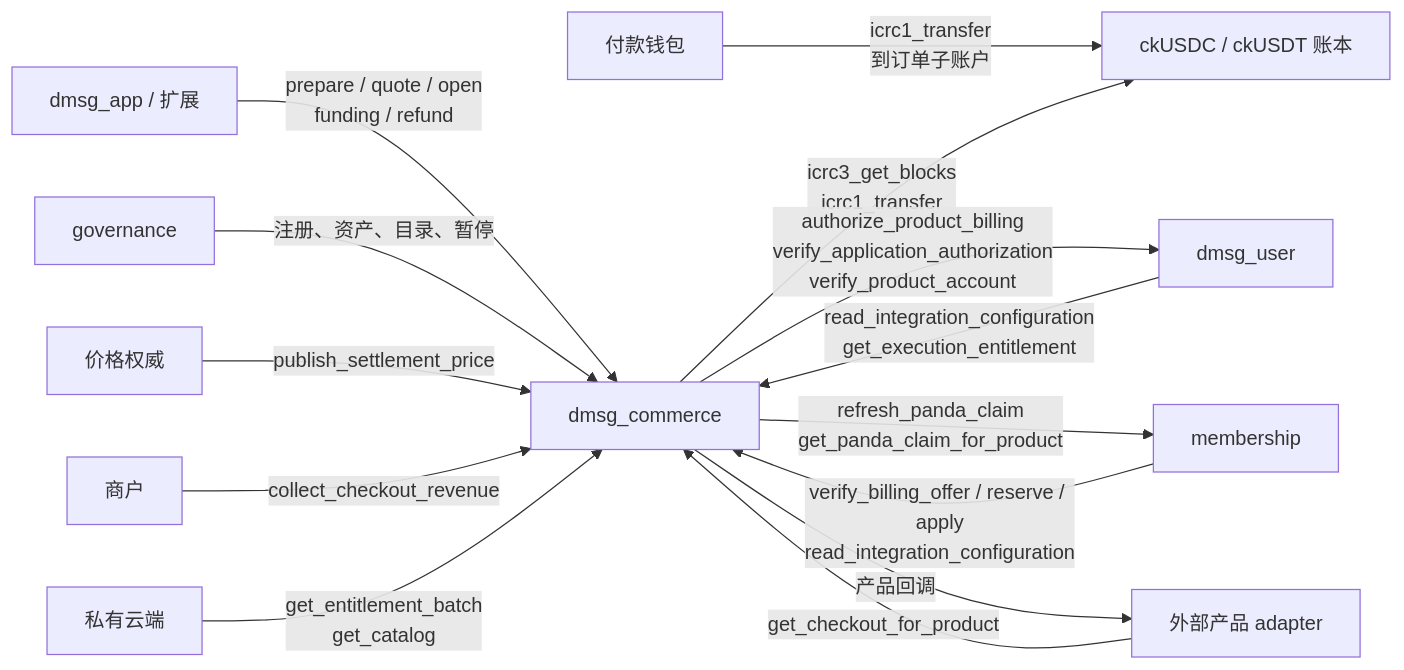
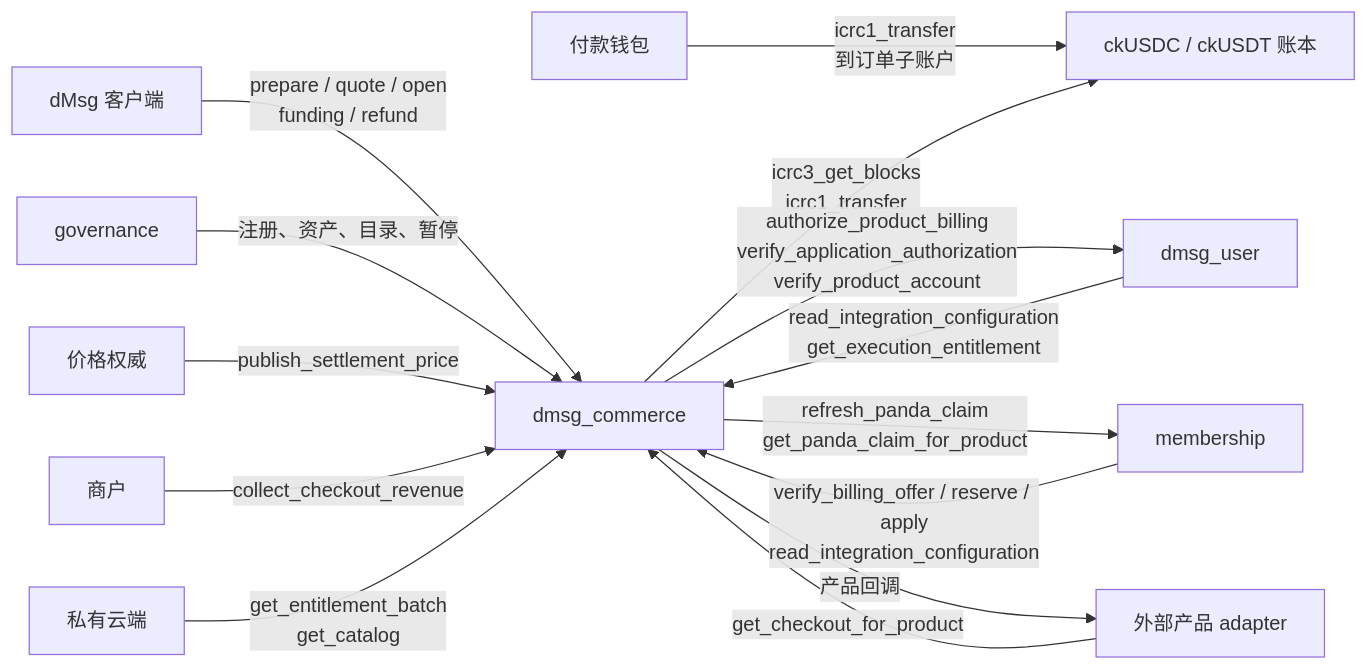
The diagram in src/dmsg_commerce/README.md (ldclabs/ic-panda), drawn with Mermaid before and after one commit. The commit also changed other lines of this file and 259 other files, not shown here.

````diff
--- a/src/dmsg_commerce/README.md
+++ b/src/dmsg_commerce/README.md
@@ -15,16 +15,16 @@
 ```mermaid
 flowchart LR
-  APP["dmsg_app / 扩展"] -- "prepare / quote / open<br/>funding / refund" --> C["dmsg_commerce"]
+  APP["dMsg 客户端"] -- "prepare / quote / open<br/>funding / refund" --> C["dmsg_commerce"]
   W["付款钱包"] -- "icrc1_transfer<br/>到订单子账户" --> L["ckUSDC / ckUSDT 账本"]
   C -- "icrc3_get_blocks<br/>icrc1_transfer" --> L
   C -- "authorize_product_billing<br/>verify_application_authorization<br/>verify_product_account" --> U["dmsg_user"]
   U -- "read_integration_configuration<br/>get_execution_entitlement" --> C
   M["membership"] -- "verify_billing_offer / reserve / apply<br/>read_integration_configuration" --> C
   C -- "refresh_panda_claim<br/>get_panda_claim_for_product" --> M
   C -- "产品回调" --> P["外部产品 adapter"]
   P -- "get_checkout_for_product" --> C
   G["governance"] -- "注册、资产、目录、暂停" --> C
   PA["价格权威"] -- "publish_settlement_price" --> C
   MER["商户"] -- "collect_checkout_revenue" --> C
   CL["私有云端"] -- "get_entitlement_batch<br/>get_catalog" --> C
 ```
````
